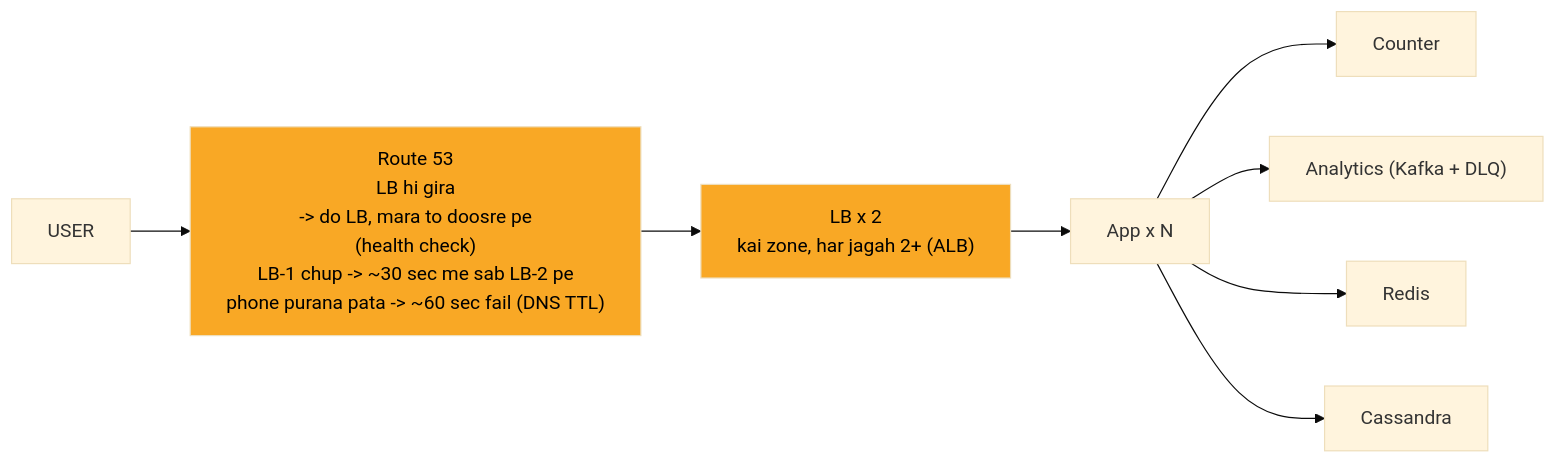
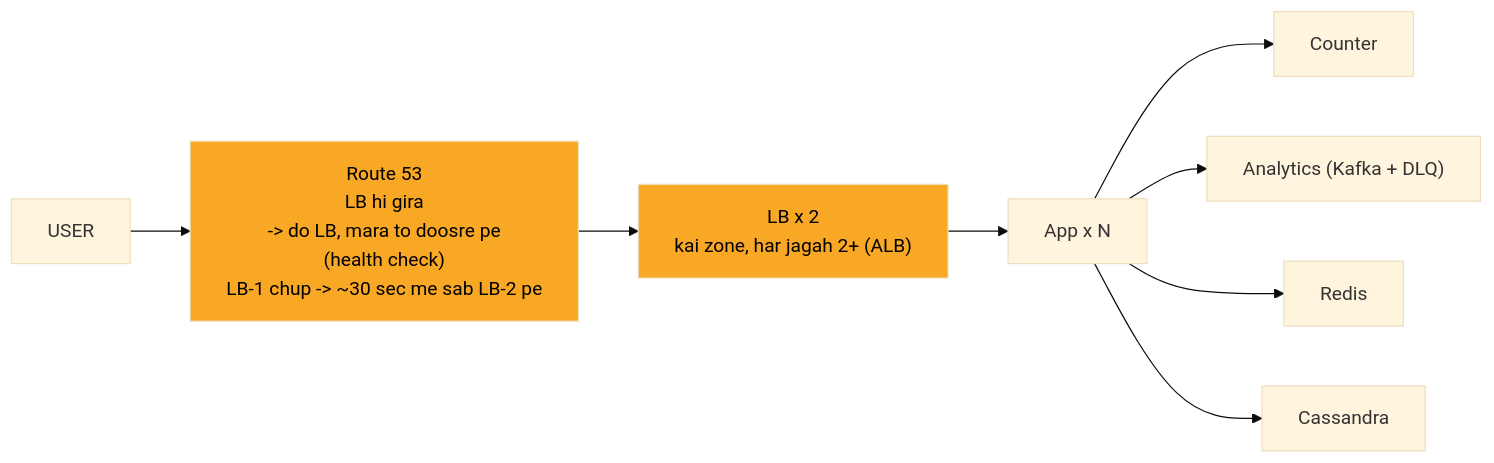
The eighth of 10 diagrams in 04_HLD/SYSTEM_DESIGNS/01_url_shortener/01_url_shortener.md (ArpanMaheshwari144/Prep), drawn with Mermaid (base theme) before and after one commit. The commit also changed other lines of this file and 13 other files, not shown here.

````diff
--- a/04_HLD/SYSTEM_DESIGNS/01_url_shortener/01_url_shortener.md
+++ b/04_HLD/SYSTEM_DESIGNS/01_url_shortener/01_url_shortener.md
@@ -362,21 +362,21 @@
 ```mermaid
 %%{init: {"flowchart": {"wrappingWidth": 450}}}%%
 flowchart LR
     n_USER["USER"]
-    n_Route_53["Route 53<br/>LB hi gira<br/>-> do LB, mara to doosre pe<br/>(health check)<br/>LB-1 chup -> ~30 sec me sab LB-2 pe<br/>phone purana pata -> ~60 sec fail (DNS TTL)"]
+    n_Route_53["Route 53<br/>LB hi gira<br/>-> do LB, mara to doosre pe<br/>(health check)<br/>LB-1 chup -> ~30 sec me sab LB-2 pe"]
     n_LB_xN["LB x 2<br/>kai zone, har jagah 2+ (ALB)"]
     n_App_xN["App x N"]
     n_Counter["Counter"]
     n_ANA["Analytics (Kafka + DLQ)"]
     n_Redis["Redis"]
     n_Cassandra["Cassandra"]
     n_USER --> n_Route_53
     n_Route_53 --> n_LB_xN
     n_LB_xN --> n_App_xN
     n_App_xN --> n_Counter
     n_App_xN --> n_ANA
     n_App_xN --> n_Redis
     n_App_xN --> n_Cassandra
     style n_Route_53 fill:#f9a825,color:#000
     style n_LB_xN fill:#f9a825,color:#000
 ```
````
